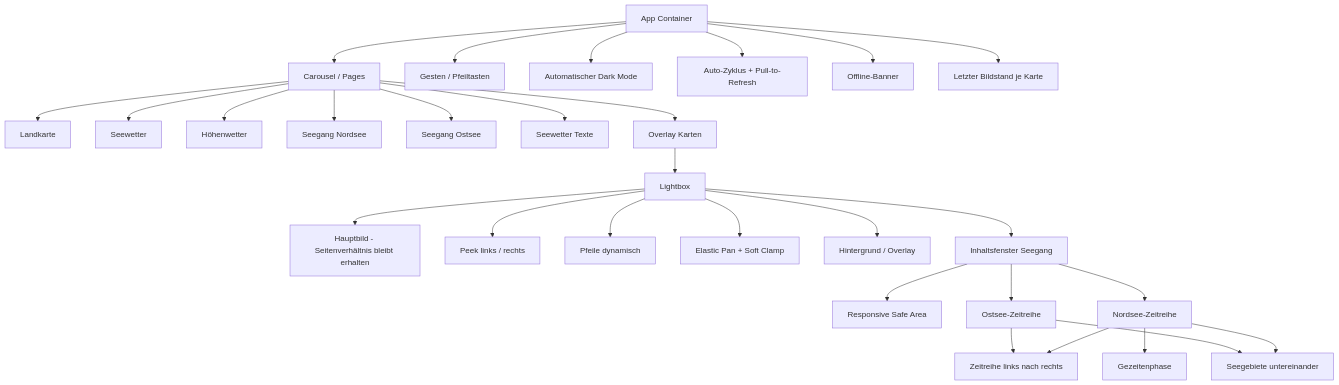
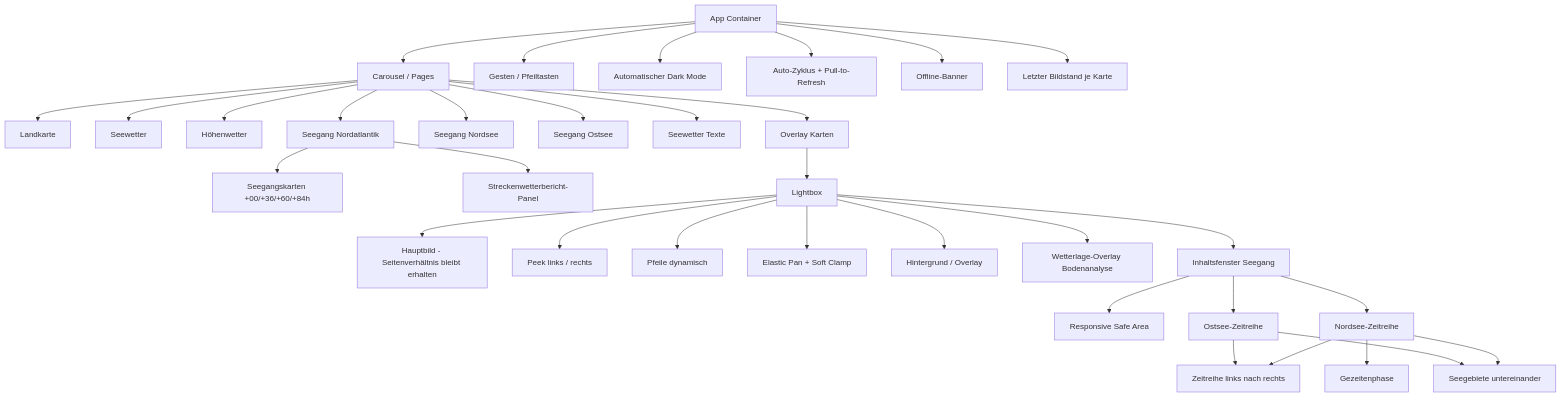
Before and after one commit to w465jt7pm9-cpu/dwd-dashboard: the diagram in docs/UI-Struktur.md, drawn with Mermaid. The commit also changed other lines of this file and 4 other files, not shown here.

````diff
--- a/docs/UI-Struktur.md
+++ b/docs/UI-Struktur.md
@@ -26,31 +37,35 @@
 ```mermaid
 flowchart TD
   App[App Container] --> Pages[Carousel / Pages]
   Pages --> Land[Landkarte]
   Pages --> See[Seewetter]
   Pages --> Hoehenwetter[Höhenwetter]
+  Pages --> Nordatlantik[Seegang Nordatlantik]
   Pages --> Nordsee[Seegang Nordsee]
   Pages --> Ostsee[Seegang Ostsee]
   Pages --> Texte[Seewetter Texte]
+  Nordatlantik --> NaKarten[Seegangskarten +00/+36/+60/+84h]
+  Nordatlantik --> NaBericht[Streckenwetterbericht-Panel]
   Pages --> Cards[Overlay Karten]
   Cards --> Lightbox[Lightbox]
   Lightbox --> Image[Hauptbild - Seitenverhältnis bleibt erhalten]
   Lightbox --> Peek[Peek links / rechts]
   Lightbox --> Arrows[Pfeile dynamisch]
   Lightbox --> Elastic[Elastic Pan + Soft Clamp]
   Lightbox --> Overlay[Hintergrund / Overlay]
+  Lightbox --> Wetterlage[Wetterlage-Overlay Bodenanalyse]
   Lightbox --> SeaWindow[Inhaltsfenster Seegang]
   SeaWindow --> SafeArea[Responsive Safe Area]
   SeaWindow --> NordseeWindow[Nordsee-Zeitreihe]
   SeaWindow --> OstseeWindow[Ostsee-Zeitreihe]
   NordseeWindow --> Meteogram[Zeitreihe links nach rechts]
   NordseeWindow --> Areas[Seegebiete untereinander]
   NordseeWindow --> Tide[Gezeitenphase]
   OstseeWindow --> Meteogram
   OstseeWindow --> Areas
   App --> Gestures[Gesten / Pfeiltasten]
   App --> Theme[Automatischer Dark Mode]
   App --> Refresh[Auto-Zyklus + Pull-to-Refresh]
   App --> OfflineBanner[Offline-Banner]
   App --> Persistence[Letzter Bildstand je Karte]
 ```
````
